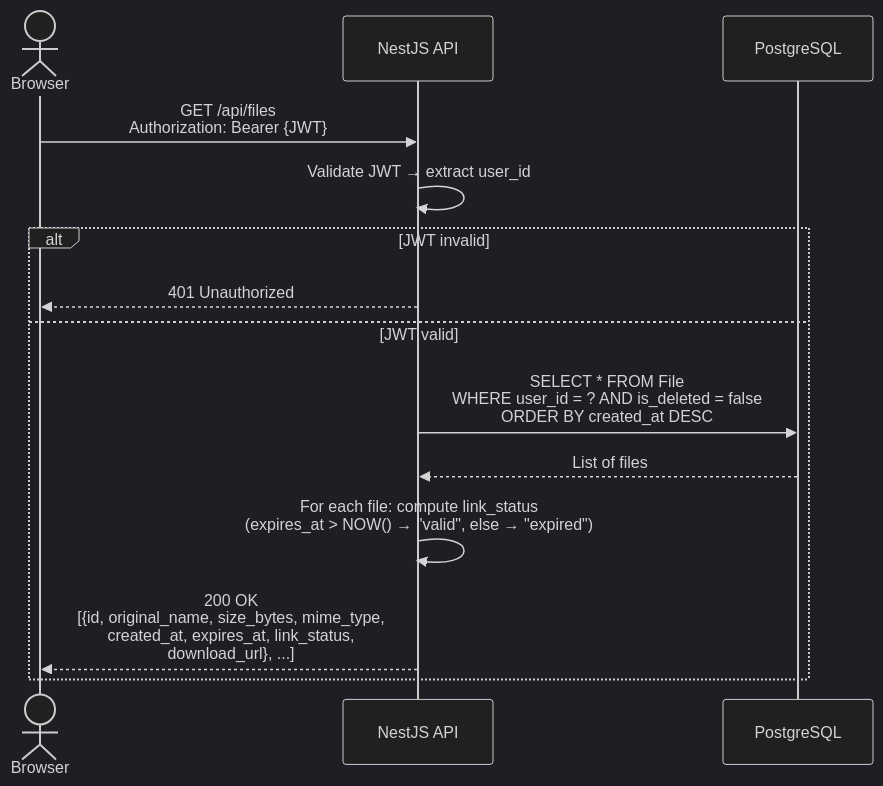
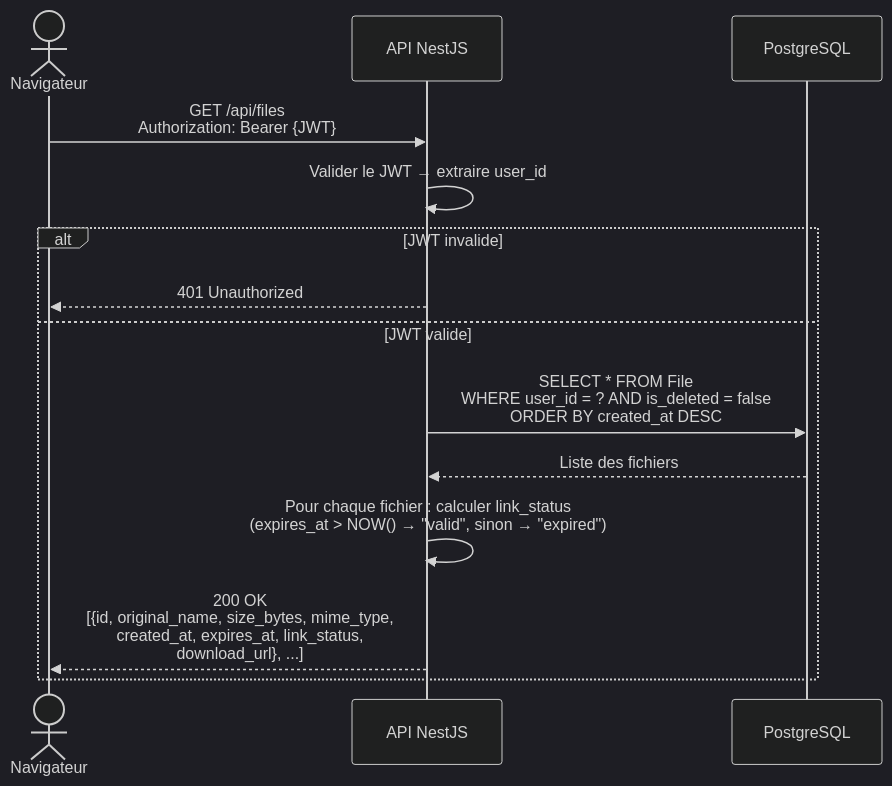
The fifth of 8 diagrams in docs/architecture/03-sequence-diagrams.md (OC-Expert-DevOps/P3-OC-software-development-management), drawn with Mermaid (dark theme) before and after one commit. The commit also changed other lines of this file and 21 other files, not shown here.

````diff
--- a/docs/architecture/03-sequence-diagrams.md
+++ b/docs/architecture/03-sequence-diagrams.md
@@ -164,17 +164,17 @@
 ```mermaid
 sequenceDiagram
-    actor User as Browser
-    participant API as NestJS API
+    actor User as Navigateur
+    participant API as API NestJS
     participant DB as PostgreSQL
 
     User->>API: GET /api/files<br/>Authorization: Bearer {JWT}
-    API->>API: Validate JWT → extract user_id
-    alt JWT invalid
+    API->>API: Valider le JWT → extraire user_id
+    alt JWT invalide
         API-->>User: 401 Unauthorized
-    else JWT valid
+    else JWT valide
         API->>DB: SELECT * FROM File<br/>WHERE user_id = ? AND is_deleted = false<br/>ORDER BY created_at DESC
-        DB-->>API: List of files
-        API->>API: For each file: compute link_status<br/>(expires_at > NOW() → "valid", else → "expired")
+        DB-->>API: Liste des fichiers
+        API->>API: Pour chaque fichier : calculer link_status<br/>(expires_at > NOW() → "valid", sinon → "expired")
         API-->>User: 200 OK<br/>[{id, original_name, size_bytes, mime_type,<br/>created_at, expires_at, link_status,<br/>download_url}, ...]
     end
 ```
````
